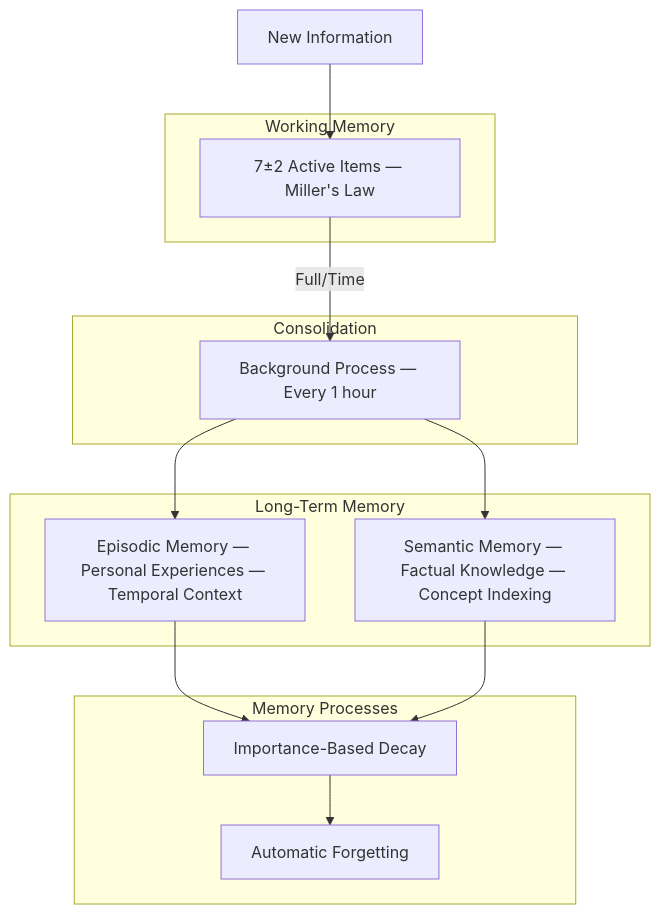
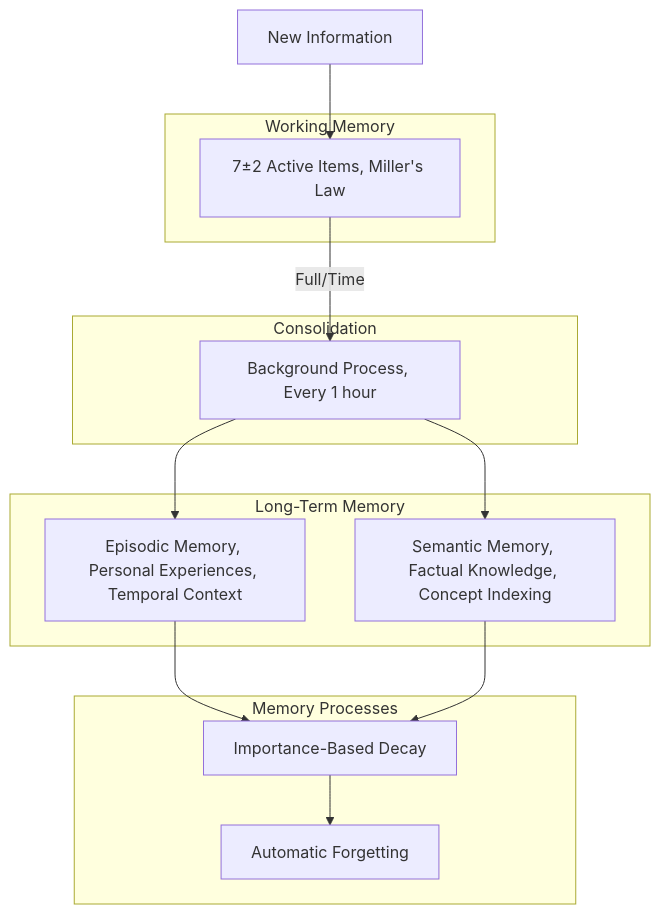
Before and after one commit to bistuwangqiyuan/Open-Sable: the fourth of 19 diagrams in README.md, drawn with Mermaid. The commit also changed other lines of this file and 8 other files, not shown here.

````diff
--- a/README.md
+++ b/README.md
@@ -424,28 +424,28 @@
 ```mermaid
 graph TB
     subgraph "Working Memory"
-        WM[7±2 Active Items — Miller's Law]
+        WM[7±2 Active Items, Miller's Law]
     end
     
     subgraph "Consolidation"
-        CONS[Background Process — Every 1 hour]
+        CONS[Background Process, Every 1 hour]
     end
     
     subgraph "Long-Term Memory"
-        EM[Episodic Memory — Personal Experiences — Temporal Context]
-        SM[Semantic Memory — Factual Knowledge — Concept Indexing]
+        EM[Episodic Memory, Personal Experiences, Temporal Context]
+        SM[Semantic Memory, Factual Knowledge, Concept Indexing]
     end
     
     subgraph "Memory Processes"
         DECAY[Importance-Based Decay]
         FORGET[Automatic Forgetting]
     end
     
     INPUT[New Information] --> WM
     WM -->|Full/Time| CONS
     CONS --> EM
     CONS --> SM
     EM --> DECAY
     SM --> DECAY
     DECAY --> FORGET
 ```
````
